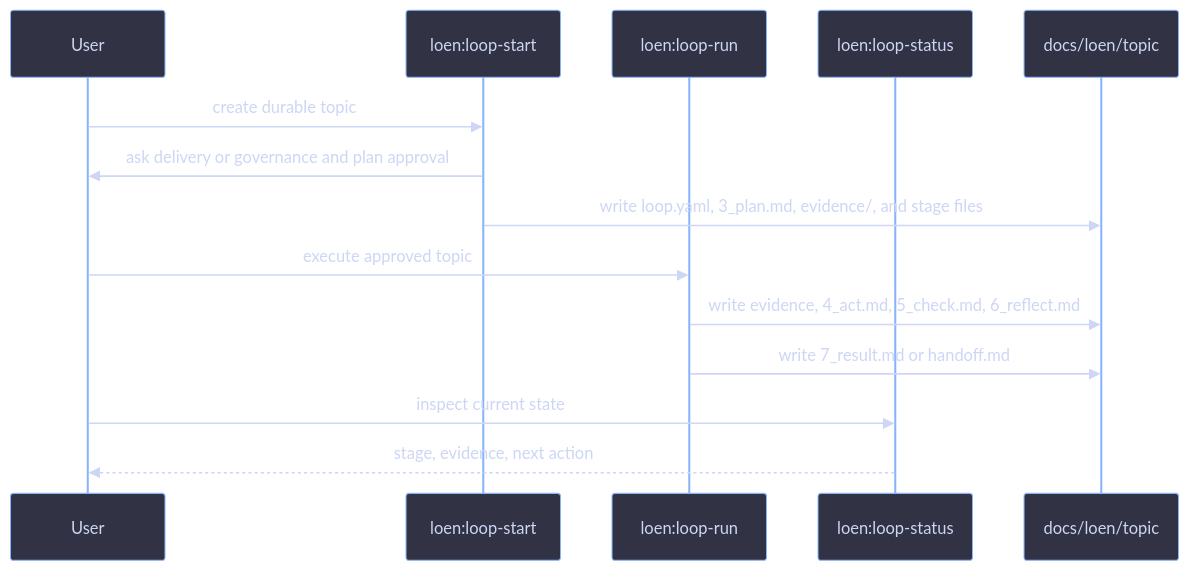
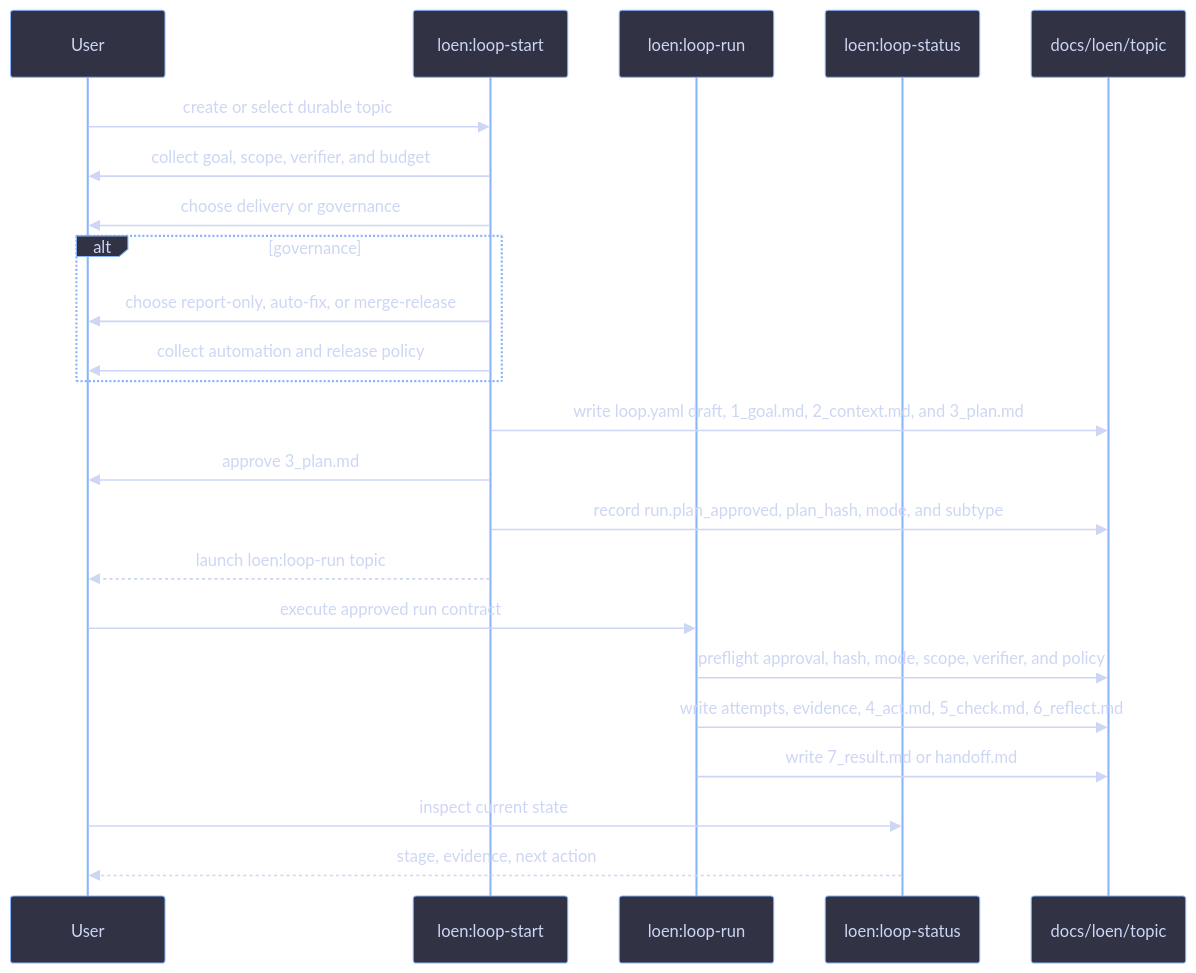
One commit to ikeniborn/icodex changed the first of 2 diagrams in plugins/loen/README.md. Above: the diagram before and after it, drawn with Mermaid. The commit also changed other lines of this file and 2 other files, not shown here.

Commit message:
docs(loen): update loop runner diagrams

````diff
--- a/plugins/loen/README.md
+++ b/plugins/loen/README.md
@@ -75,18 +75,27 @@
 ```mermaid
 %%{init: {'theme': 'base', 'themeVariables': {'background': '#1e1e2e', 'primaryColor': '#313244', 'primaryTextColor': '#cdd6f4', 'primaryBorderColor': '#89b4fa', 'lineColor': '#888888', 'secondaryColor': '#181825', 'tertiaryColor': '#45475a'}}}%%
 sequenceDiagram
     participant User as User
     participant Start as loen:loop-start
     participant Run as loen:loop-run
     participant Status as loen:loop-status
     participant Files as docs/loen/topic
 
-    User->>Start: create durable topic
-    Start->>User: ask delivery or governance and plan approval
-    Start->>Files: write loop.yaml, 3_plan.md, evidence/, and stage files
-    User->>Run: execute approved topic
-    Run->>Files: write evidence, 4_act.md, 5_check.md, 6_reflect.md
+    User->>Start: create or select durable topic
+    Start->>User: collect goal, scope, verifier, and budget
+    Start->>User: choose delivery or governance
+    alt governance
+        Start->>User: choose report-only, auto-fix, or merge-release
+        Start->>User: collect automation and release policy
+    end
+    Start->>Files: write loop.yaml draft, 1_goal.md, 2_context.md, and 3_plan.md
+    Start->>User: approve 3_plan.md
+    Start->>Files: record run.plan_approved, plan_hash, mode, and subtype
+    Start-->>User: launch loen:loop-run topic
+    User->>Run: execute approved run contract
+    Run->>Files: preflight approval, hash, mode, scope, verifier, and policy
+    Run->>Files: write attempts, evidence, 4_act.md, 5_check.md, 6_reflect.md
     Run->>Files: write 7_result.md or handoff.md
     User->>Status: inspect current state
     Status-->>User: stage, evidence, next action
 ```
````
